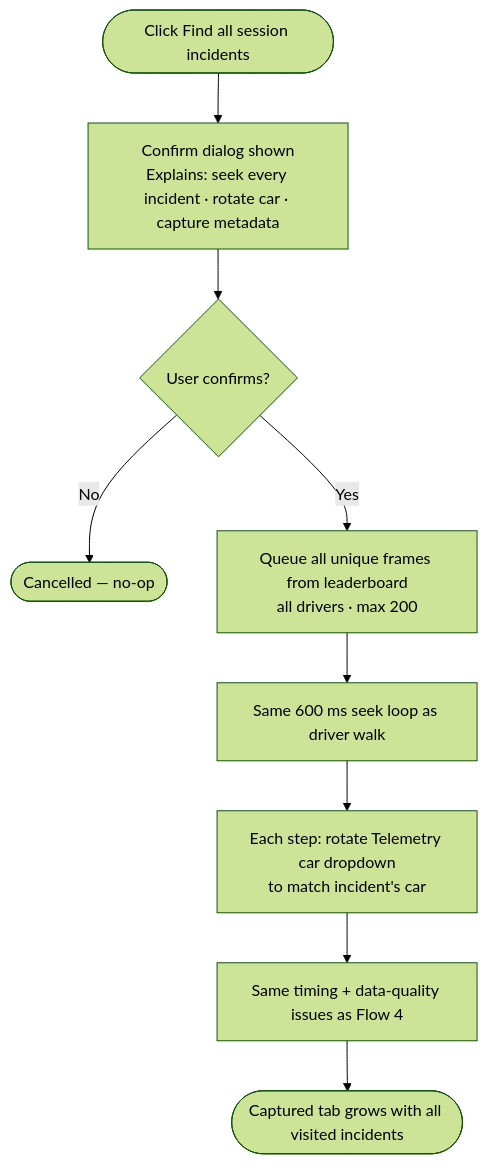
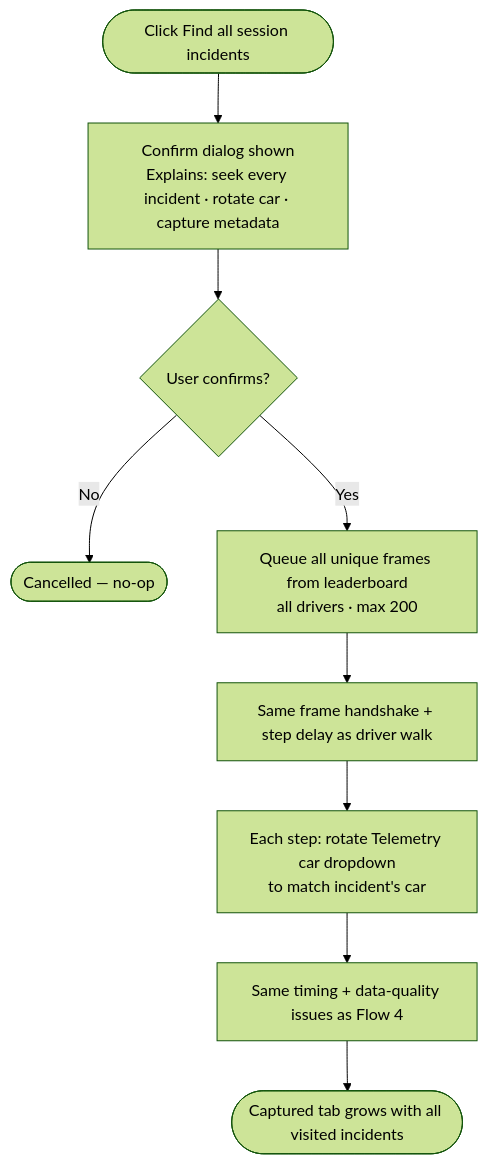
Before and after one commit to simsteward/simhub-plugin: the sixth of 8 diagrams in docs/USER-FLOWS.md, drawn with Mermaid (forest theme). The commit also changed other lines of this file and 2 other files, not shown here.

First line of the commit message:
fix(dashboard): gap follow-up — telemetry car, frame handshake, safe meta, docs

````diff
--- a/docs/USER-FLOWS.md
+++ b/docs/USER-FLOWS.md
@@ -189,11 +189,11 @@
 ```mermaid
 flowchart TD
   A([Click Find all session incidents]) --> B[Confirm dialog shown\nExplains: seek every incident · rotate car · capture metadata]
   B --> C{User confirms?}
   C -- No  --> D([Cancelled — no-op])
   C -- Yes --> E[Queue all unique frames from leaderboard\nall drivers · max 200]
-  E --> F[Same 600 ms seek loop as driver walk]
+  E --> F[Same frame handshake + step delay as driver walk]
   F --> G[Each step: rotate Telemetry car dropdown\nto match incident's car]
   G --> H[Same timing + data-quality issues as Flow 4]
   H --> I([Captured tab grows with all visited incidents])
 ```
````
